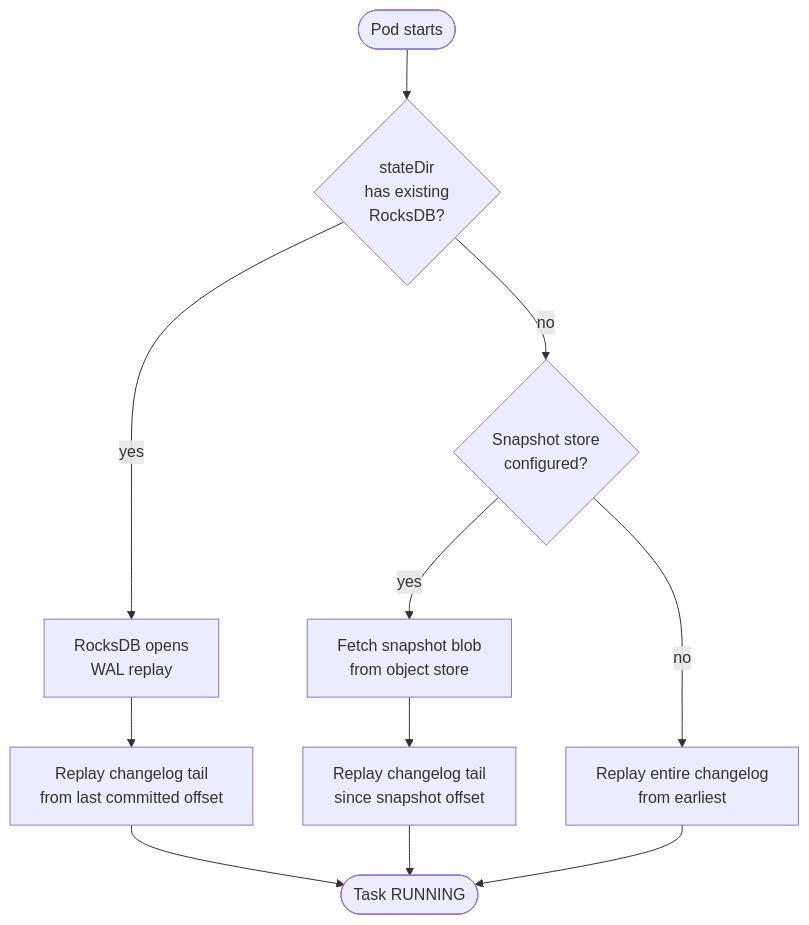
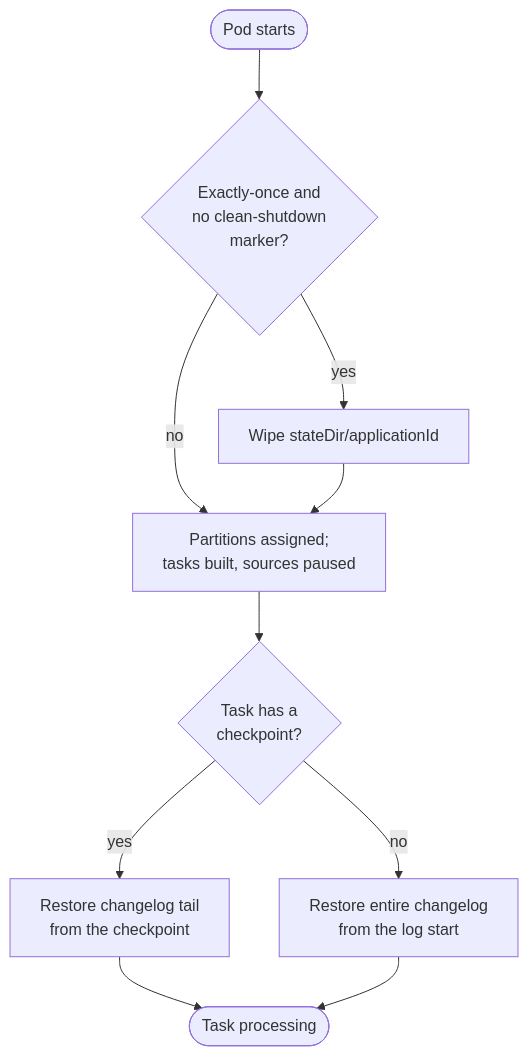
Before and after one commit to iand675/wireform-: the diagram in website/src/content/docs/kafka-streams/operating/containers.md, drawn with Mermaid. The commit also changed other lines of this file and 39 other files, not shown here.

````diff
--- a/website/src/content/docs/kafka-streams/operating/containers.md
+++ b/website/src/content/docs/kafka-streams/operating/containers.md
@@ -101,13 +105,12 @@
 ```mermaid
 flowchart TD
-  Start([Pod starts]) --> CheckDir{stateDir<br/>has existing<br/>RocksDB?}
-  CheckDir -- yes --> WALReplay[RocksDB opens<br/>WAL replay]
-  CheckDir -- no --> CheckSnap{Snapshot store<br/>configured?}
-  WALReplay --> TailReplay[Replay changelog tail<br/>from last committed offset]
-  CheckSnap -- yes --> FetchSnap[Fetch snapshot blob<br/>from object store]
-  FetchSnap --> SnapTail[Replay changelog tail<br/>since snapshot offset]
-  CheckSnap -- no --> FullReplay[Replay entire changelog<br/>from earliest]
-  TailReplay --> Ready([Task RUNNING])
-  SnapTail --> Ready
+  Start([Pod starts]) --> EOS{Exactly-once and<br/>no clean-shutdown<br/>marker?}
+  EOS -- yes --> Wipe[Wipe stateDir/applicationId]
+  EOS -- no --> Assign
+  Wipe --> Assign[Partitions assigned;<br/>tasks built, sources paused]
+  Assign --> CheckPt{Task has a<br/>checkpoint?}
+  CheckPt -- yes --> TailReplay[Restore changelog tail<br/>from the checkpoint]
+  CheckPt -- no --> FullReplay[Restore entire changelog<br/>from the log start]
+  TailReplay --> Ready([Task processing])
   FullReplay --> Ready
 ```
````
